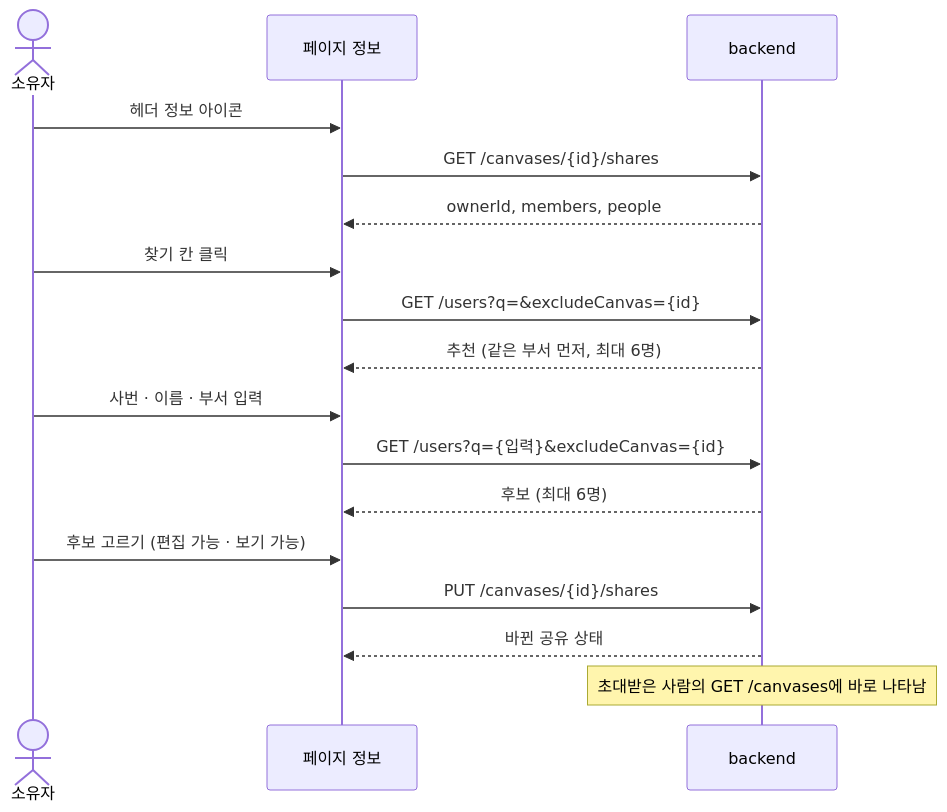
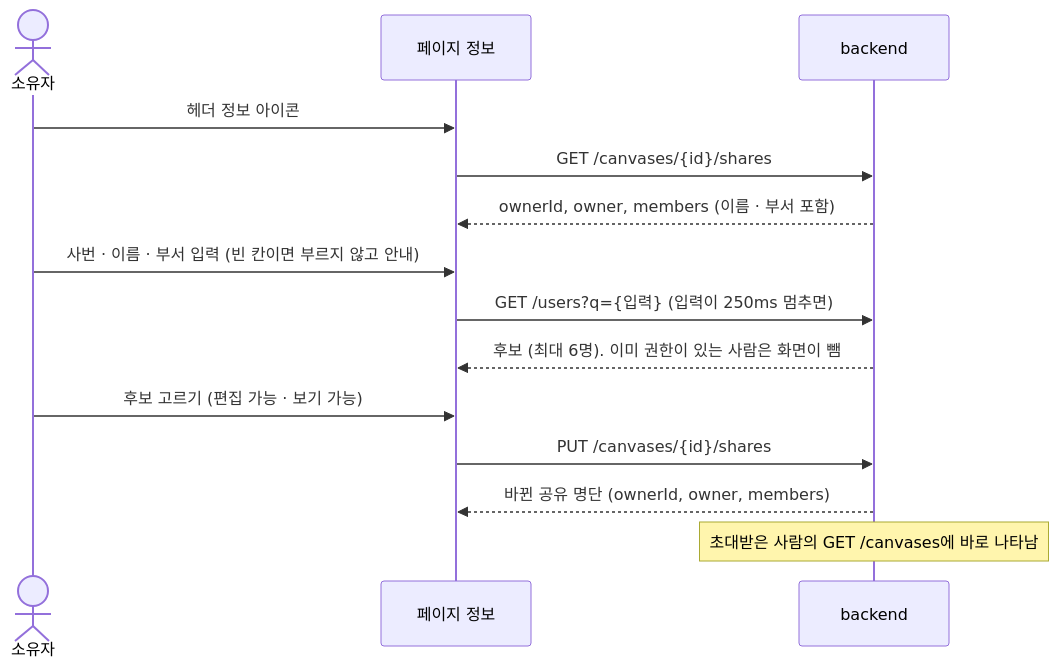
One commit to vamos-team/telescope changed the third of 8 diagrams in docs/frontend/api-diagram.md. Above: the diagram before and after it, drawn with Mermaid. The commit also changed other lines of this file and 5 other files, not shown here.

````diff
--- a/docs/frontend/api-diagram.md
+++ b/docs/frontend/api-diagram.md
@@ -81,20 +82,17 @@
 ```mermaid
 sequenceDiagram
   actor U as 소유자
   participant F as 페이지 정보
   participant B as backend
 
   U->>F: 헤더 정보 아이콘
   F->>B: GET /canvases/{id}/shares
-  B-->>F: ownerId, members, people
-  U->>F: 찾기 칸 클릭
-  F->>B: GET /users?q=&excludeCanvas={id}
-  B-->>F: 추천 (같은 부서 먼저, 최대 6명)
-  U->>F: 사번 · 이름 · 부서 입력
-  F->>B: GET /users?q={입력}&excludeCanvas={id}
-  B-->>F: 후보 (최대 6명)
+  B-->>F: ownerId, owner, members (이름 · 부서 포함)
+  U->>F: 사번 · 이름 · 부서 입력 (빈 칸이면 부르지 않고 안내)
+  F->>B: GET /users?q={입력} (입력이 250ms 멈추면)
+  B-->>F: 후보 (최대 6명). 이미 권한이 있는 사람은 화면이 뺌
   U->>F: 후보 고르기 (편집 가능 · 보기 가능)
   F->>B: PUT /canvases/{id}/shares
-  B-->>F: 바뀐 공유 상태
+  B-->>F: 바뀐 공유 명단 (ownerId, owner, members)
   Note over B: 초대받은 사람의 GET /canvases에 바로 나타남
 ```
````
